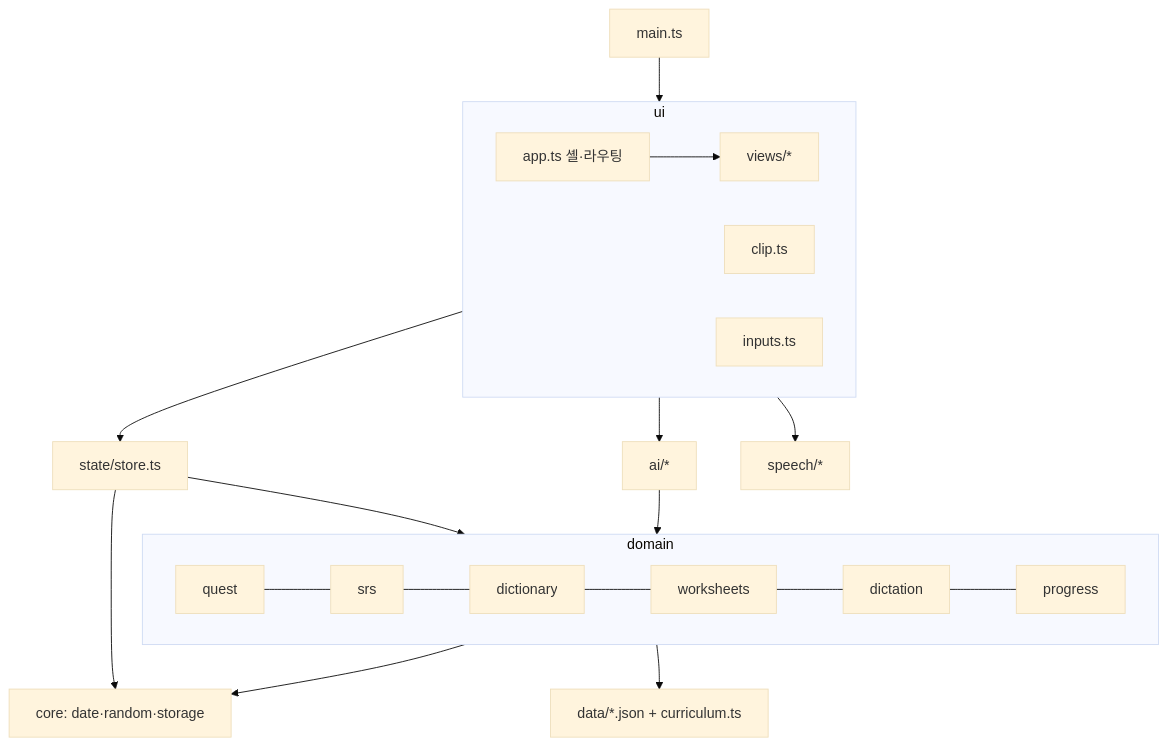
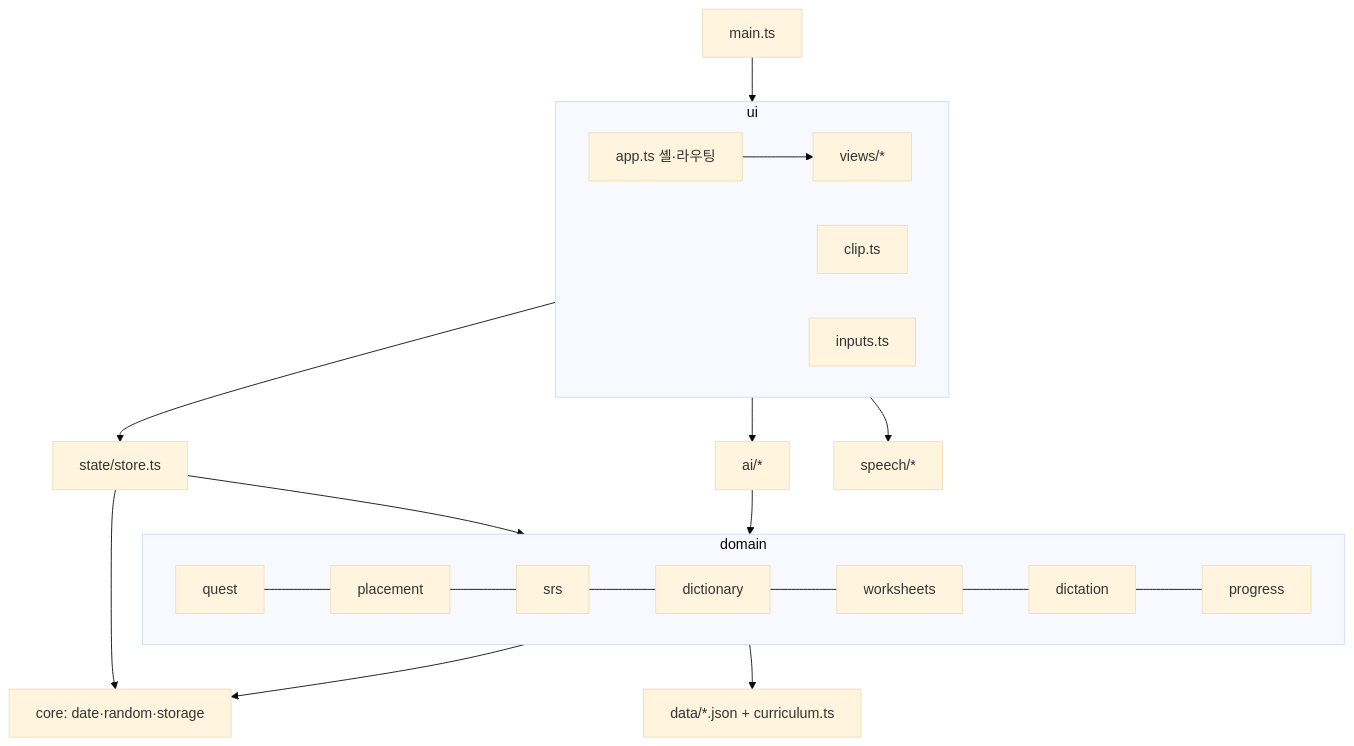
Before and after one commit to penkim95-cmd/english-year: the first of 2 diagrams in docs/ARCHITECTURE.md, drawn with Mermaid (base theme). The commit also changed other lines of this file and 26 other files, not shown here.

````diff
--- a/docs/ARCHITECTURE.md
+++ b/docs/ARCHITECTURE.md
@@ -18,20 +18,20 @@
 ```mermaid
 flowchart TD
   main[main.ts] --> ui
   subgraph ui[ui]
     app[app.ts 셸·라우팅] --> views[views/*]
     clip[clip.ts]
     inputs[inputs.ts]
   end
   ui --> state[state/store.ts]
   ui --> ai[ai/*]
   ui --> speech[speech/*]
   state --> domain
   ai --> domain
   subgraph domain[domain]
-    quest[quest] --- srs[srs] --- dictionary[dictionary] --- worksheets[worksheets] --- dictation[dictation] --- progress[progress]
+    quest[quest] --- placement[placement] --- srs[srs] --- dictionary[dictionary] --- worksheets[worksheets] --- dictation[dictation] --- progress[progress]
   end
   domain --> data[data/*.json + curriculum.ts]
   domain --> core[core: date·random·storage]
   state --> core
 ```
````
